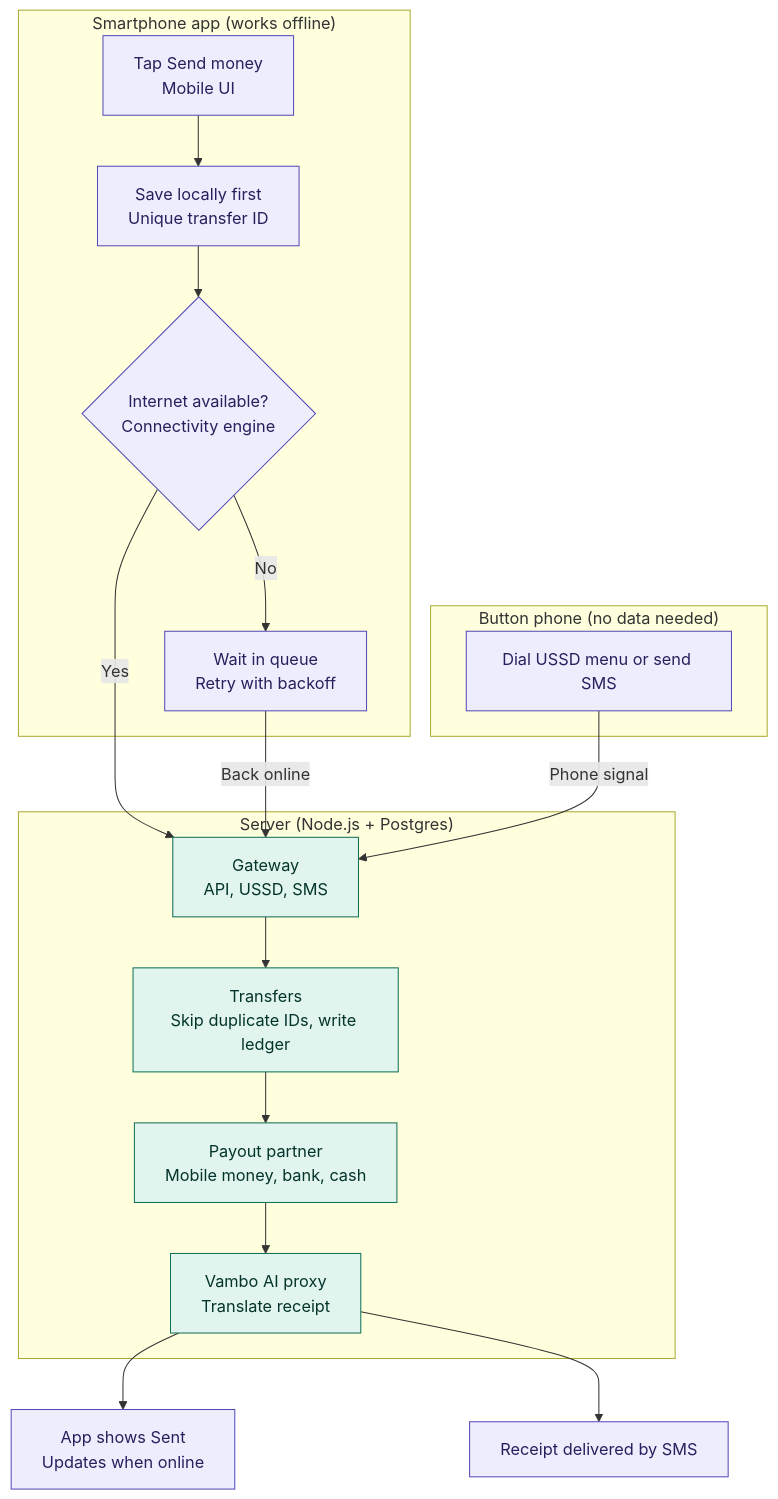
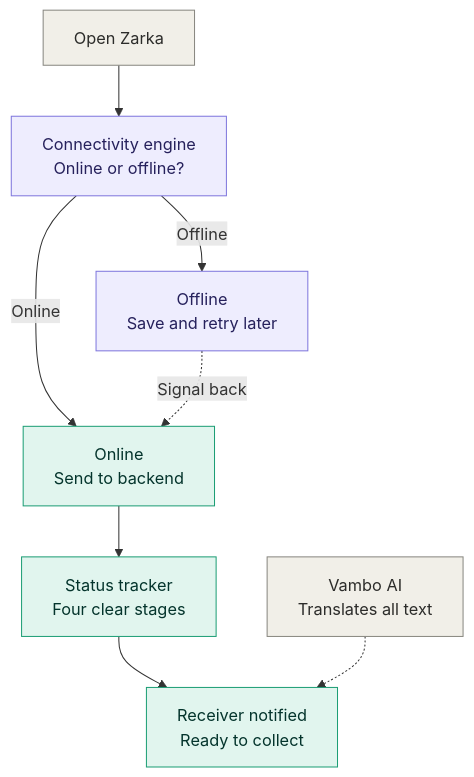
Before and after one commit to Londiwe-Samkelo/Zarka: the diagram in zarka/README.md, drawn with Mermaid.

````diff
--- a/zarka/README.md
+++ b/zarka/README.md
@@ -5,30 +7,17 @@
 ```mermaid
 flowchart TD
-  subgraph PH["Smartphone app (works offline)"]
-    A1["Tap Send money<br/>Mobile UI"] --> A2["Save locally first<br/>Unique transfer ID"]
-    A2 --> A3{"Internet available?<br/>Connectivity engine"}
-    A3 -- No --> A4["Wait in queue<br/>Retry with backoff"]
-  end
+  A["Open Zarka"] --> B["Connectivity engine<br/>Online or offline?"]
+  B -->|Offline| C["Offline<br/>Save and retry later"]
+  B -->|Online| D["Online<br/>Send to backend"]
+  C -. Signal back .-> D
+  D --> E["Status tracker<br/>Four clear stages"]
+  E --> F["Receiver notified<br/>Ready to collect"]
+  V["Vambo AI<br/>Translates all text"] -.-> F
 
-  subgraph BP["Button phone (no data needed)"]
-    C1["Dial USSD menu or send SMS"]
-  end
-
-  subgraph SV["Server (Node.js + Postgres)"]
-    S1["Gateway<br/>API, USSD, SMS"] --> S2["Transfers<br/>Skip duplicate IDs, write ledger"]
-    S2 --> S3["Payout partner<br/>Mobile money, bank, cash"]
-    S3 --> S4["Vambo AI proxy<br/>Translate receipt"]
-  end
-
-  A3 -- Yes --> S1
-  A4 -- Back online --> S1
-  C1 -- Phone signal --> S1
-
-  S4 --> E1["App shows Sent<br/>Updates when online"]
-  S4 --> E2["Receipt delivered by SMS"]
-
-  classDef device fill:#EEEDFE,stroke:#534AB7,color:#26215C
-  classDef server fill:#E1F5EE,stroke:#0F6E56,color:#04342C
-  class A1,A2,A3,A4,C1,E1,E2 device
-  class S1,S2,S3,S4 server
+  classDef phone fill:#EEEDFE,stroke:#7F77DD,color:#26215C
+  classDef server fill:#E1F5EE,stroke:#1D9E75,color:#04342C
+  classDef neutral fill:#F1EFE8,stroke:#888780,color:#2C2C2A
+  class B,C phone
+  class D,E,F server
+  class A,V neutral
 ```
````
